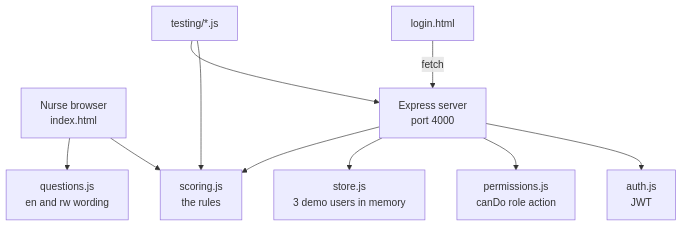
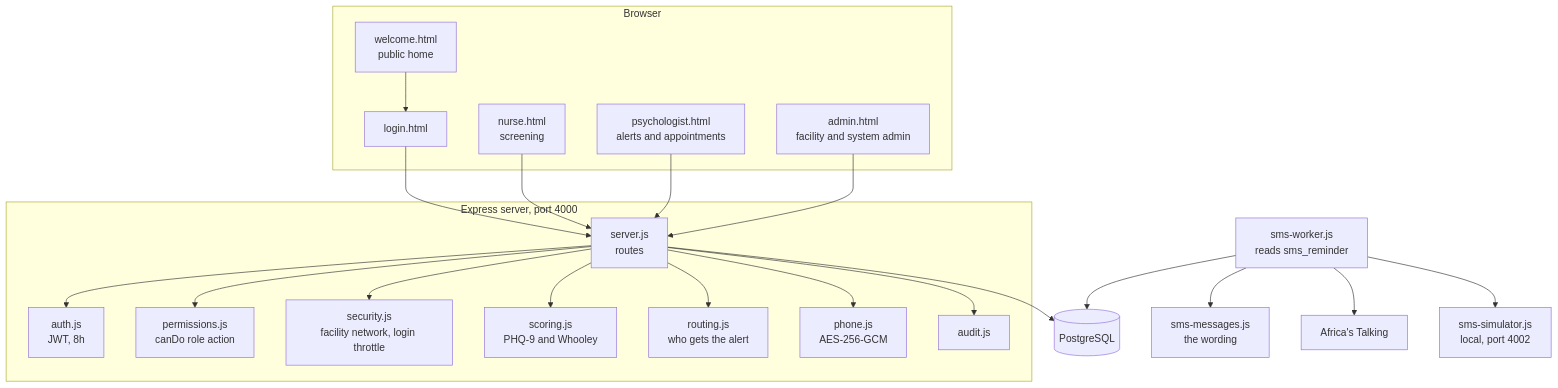
The diagram in docs/architecture.md (yera-design/e-humure), drawn with Mermaid before and after one commit. The commit also changed other lines of this file and 1 other file, not shown here.

Commit message:
docs: update backend README and architecture description

````diff
--- a/docs/architecture.md
+++ b/docs/architecture.md
@@ -7,12 +5,38 @@
 ```mermaid
 flowchart TD
-  N[Nurse browser<br/>index.html] --> S[scoring.js<br/>the rules]
-  N --> Q[questions.js<br/>en and rw wording]
-  L[login.html] -->|fetch| A[Express server<br/>port 4000]
-  A --> AU[auth.js<br/>JWT]
-  A --> P[permissions.js<br/>canDo role action]
-  A --> ST[store.js<br/>3 demo users in memory]
-  A --> S
-  T[testing/*.js] --> S
-  T --> A
+  subgraph Browser
+    W[welcome.html<br/>public home]
+    L[login.html]
+    N[nurse.html<br/>screening]
+    P[psychologist.html<br/>alerts and appointments]
+    A[admin.html<br/>facility and system admin]
+  end
+
+  subgraph Server["Express server, port 4000"]
+    R[server.js<br/>routes]
+    AU[auth.js<br/>JWT, 8h]
+    PE[permissions.js<br/>canDo role action]
+    SE[security.js<br/>facility network, login throttle]
+    SC[scoring.js<br/>PHQ-9 and Whooley]
+    RO[routing.js<br/>who gets the alert]
+    PH[phone.js<br/>AES-256-GCM]
+    AUD[audit.js]
+  end
+
+  DB[(PostgreSQL)]
+  WK[sms-worker.js<br/>reads sms_reminder]
+  MSG[sms-messages.js<br/>the wording]
+  AT[Africa's Talking]
+  SIM[sms-simulator.js<br/>local, port 4002]
+
+  W --> L --> R
+  N --> R
+  P --> R
+  A --> R
+  R --> AU & PE & SE & SC & RO & PH & AUD
+  R --> DB
+  WK --> DB
+  WK --> MSG
+  WK --> AT
+  WK --> SIM
 ```
````
